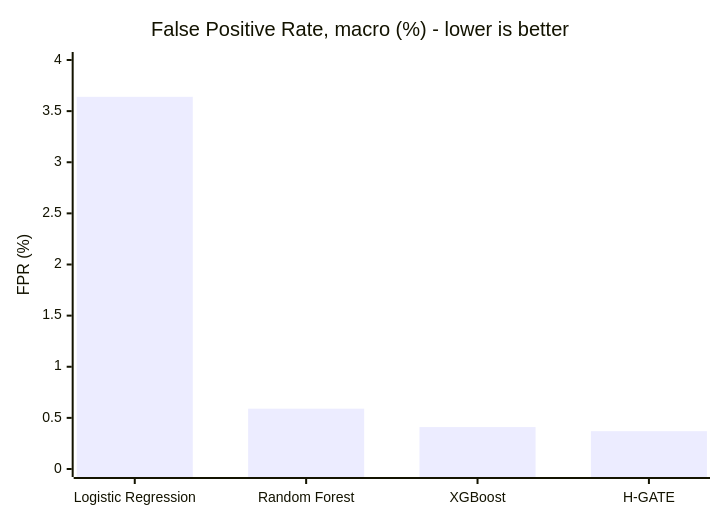
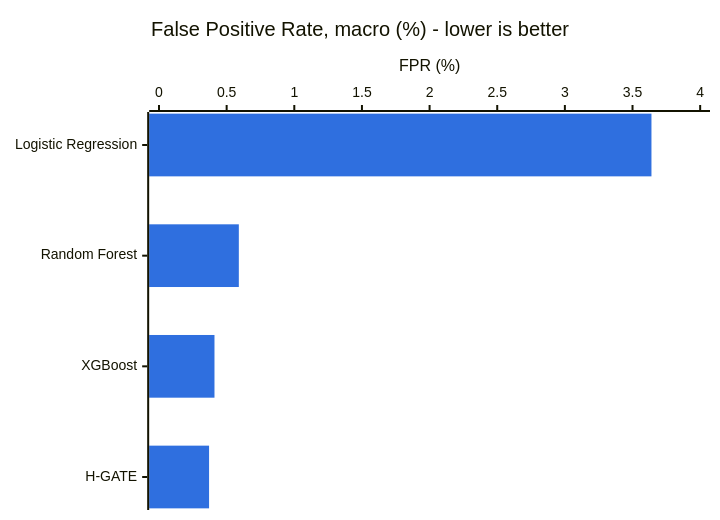
Before and after one commit to Inesaini/hgate-malicious-url-detection: the first of 2 diagrams in README.md, drawn with Mermaid.

Commit message:
README: horizontal, colored bar charts for readability

````diff
--- a/README.md
+++ b/README.md
@@ -22,7 +22,8 @@
 ```mermaid
-xychart-beta
+%%{init: {"themeVariables": {"xyChart": {"plotColorPalette": "#2f6fdf"}}}}%%
+xychart-beta horizontal
     title "False Positive Rate, macro (%) - lower is better"
     x-axis ["Logistic Regression", "Random Forest", "XGBoost", "H-GATE"]
     y-axis "FPR (%)" 0 --> 4
     bar [3.64, 0.59, 0.41, 0.37]
 ```
````
